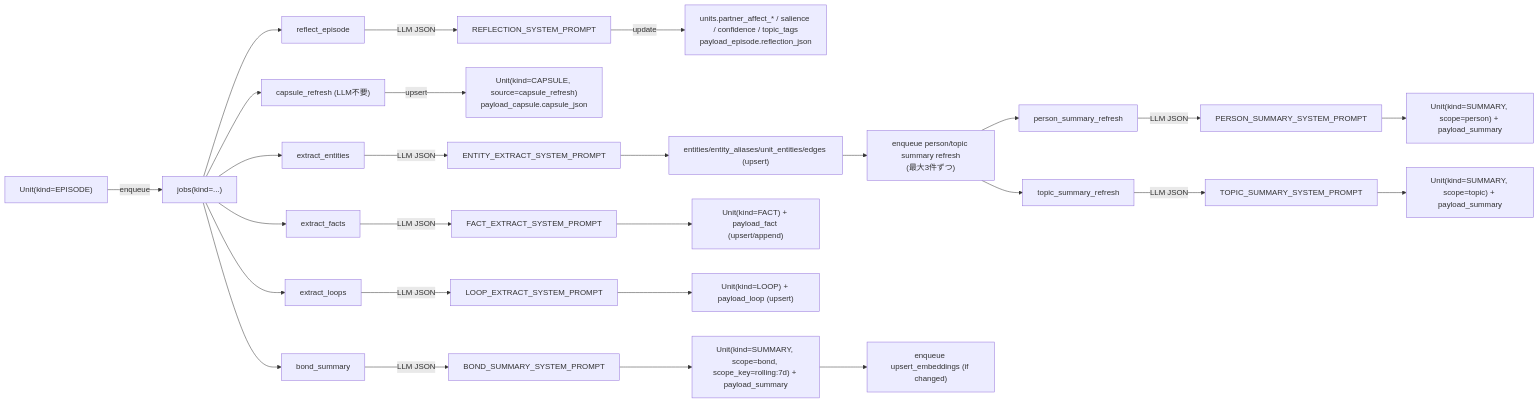
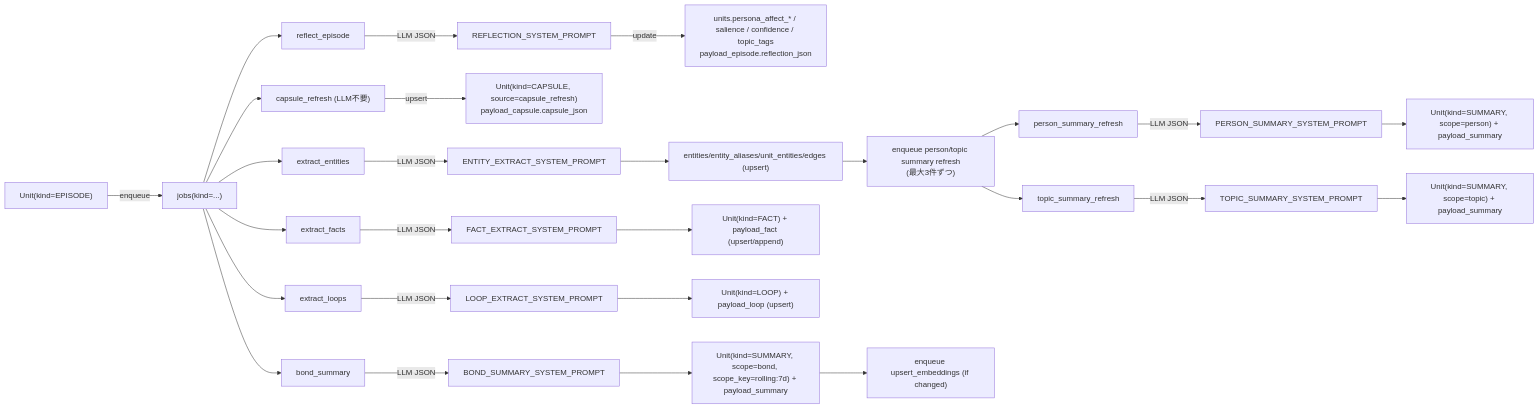
One commit to hirona98/cocoro_ghost changed the fourth of 4 diagrams in docs/prompt_usage_map.md. Above: the diagram before and after it, drawn with Mermaid. The commit also changed other lines of this file and 25 other files, not shown here.

````diff
--- a/docs/prompt_usage_map.md
+++ b/docs/prompt_usage_map.md
@@ -236,36 +236,36 @@
 ```mermaid
 flowchart LR
   EP["Unit(kind=EPISODE)"] -->|enqueue| J["jobs(kind=...)"]
 
   J --> REFL["reflect_episode"]
   REFL -->|LLM JSON| P1["REFLECTION_SYSTEM_PROMPT"]
-  P1 -->|update| U1["units.partner_affect_* / salience / confidence / topic_tags\npayload_episode.reflection_json"]
+  P1 -->|update| U1["units.persona_affect_* / salience / confidence / topic_tags\npayload_episode.reflection_json"]
   J --> CAPR["capsule_refresh (LLM不要)"]
   CAPR -->|upsert| CAP["Unit(kind=CAPSULE, source=capsule_refresh)\npayload_capsule.capsule_json"]
 
   J --> ENT["extract_entities"]
   ENT -->|LLM JSON| P3["ENTITY_EXTRACT_SYSTEM_PROMPT"]
   P3 --> EDB["entities/entity_aliases/unit_entities/edges (upsert)"]
   EDB --> ENQSUM["enqueue person/topic summary refresh\n(最大3件ずつ)"]
 
   J --> FACT["extract_facts"]
   FACT -->|LLM JSON| P4["FACT_EXTRACT_SYSTEM_PROMPT"]
   P4 --> FDB["Unit(kind=FACT) + payload_fact (upsert/append)"]
 
   J --> LOOP["extract_loops"]
   LOOP -->|LLM JSON| P5["LOOP_EXTRACT_SYSTEM_PROMPT"]
   P5 --> LDB["Unit(kind=LOOP) + payload_loop (upsert)"]
 
   ENQSUM --> PERS["person_summary_refresh"]
   PERS -->|LLM JSON| P6["PERSON_SUMMARY_SYSTEM_PROMPT"]
   P6 --> S1["Unit(kind=SUMMARY, scope=person) + payload_summary"]
 
   ENQSUM --> TOP["topic_summary_refresh"]
   TOP -->|LLM JSON| P7["TOPIC_SUMMARY_SYSTEM_PROMPT"]
   P7 --> S2["Unit(kind=SUMMARY, scope=topic) + payload_summary"]
 
   J --> WS["bond_summary"]
   WS -->|LLM JSON| P8["BOND_SUMMARY_SYSTEM_PROMPT"]
   P8 --> S3["Unit(kind=SUMMARY, scope=bond, scope_key=rolling:7d) + payload_summary"]
   S3 --> EMB2["enqueue upsert_embeddings (if changed)"]
 ```
````
